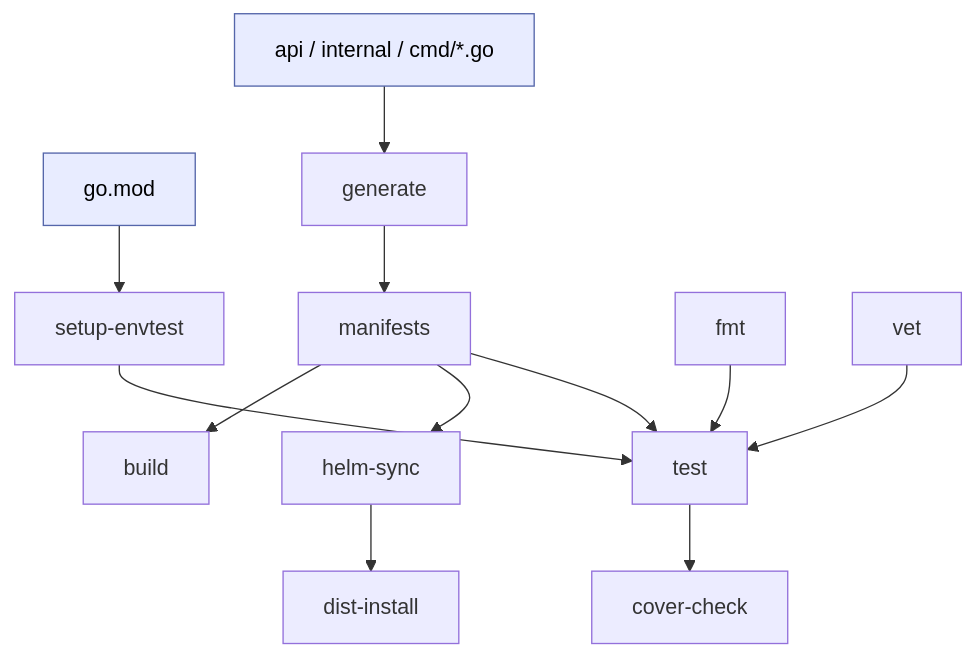
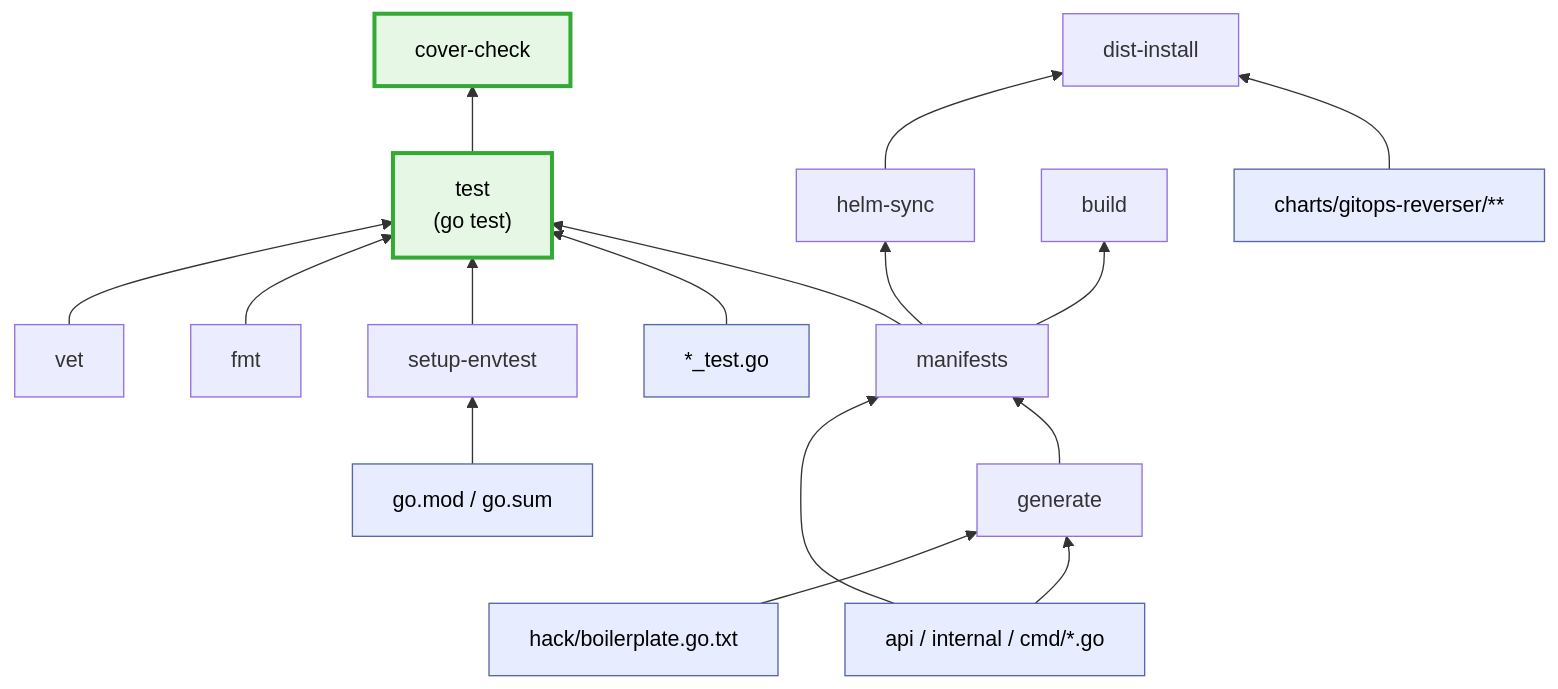
Before and after one commit to ConfigButler/gitops-reverser: the first of 5 diagrams in docs/tasks-overview.md, drawn with Mermaid. The commit also changed other lines of this file, not shown here.

Commit message:
chore: improving graphical overview of DAGs

````diff
--- a/docs/tasks-overview.md
+++ b/docs/tasks-overview.md
@@ -132,13 +71,28 @@
 ```mermaid
-graph TD
+flowchart BT
   classDef src fill:#e8ecff,stroke:#5566aa,color:#000;
+  classDef key fill:#e6f7e6,stroke:#33aa33,stroke-width:3px,color:#000;
+
   GO["api / internal / cmd/*.go"]:::src
-  GOMOD["go.mod"]:::src
-  GO --> generate --> manifests --> test
-  GOMOD --> ENVTEST["setup-envtest"] --> test
+  TESTGO["*_test.go"]:::src
+  GOMOD["go.mod / go.sum"]:::src
+  CHART["charts/gitops-reverser/**"]:::src
+  BOILER["hack/boilerplate.go.txt"]:::src
+
+  GO --> generate
+  BOILER --> generate
+  generate --> manifests
+  GO --> manifests
+  manifests --> test["test<br/>(go test)"]:::key
+  TESTGO --> test
+  GOMOD --> ENVTEST["setup-envtest"]
+  ENVTEST --> test
   fmt --> test
   vet --> test
-  test --> COVER["cover-check"]
-  manifests --> HELM["helm-sync"] --> DIST["dist-install"]
+  test --> COVER["cover-check"]:::key
+
   manifests --> build
+  manifests --> HELM["helm-sync"]
+  CHART --> DIST["dist-install"]
+  HELM --> DIST
 ```
````
